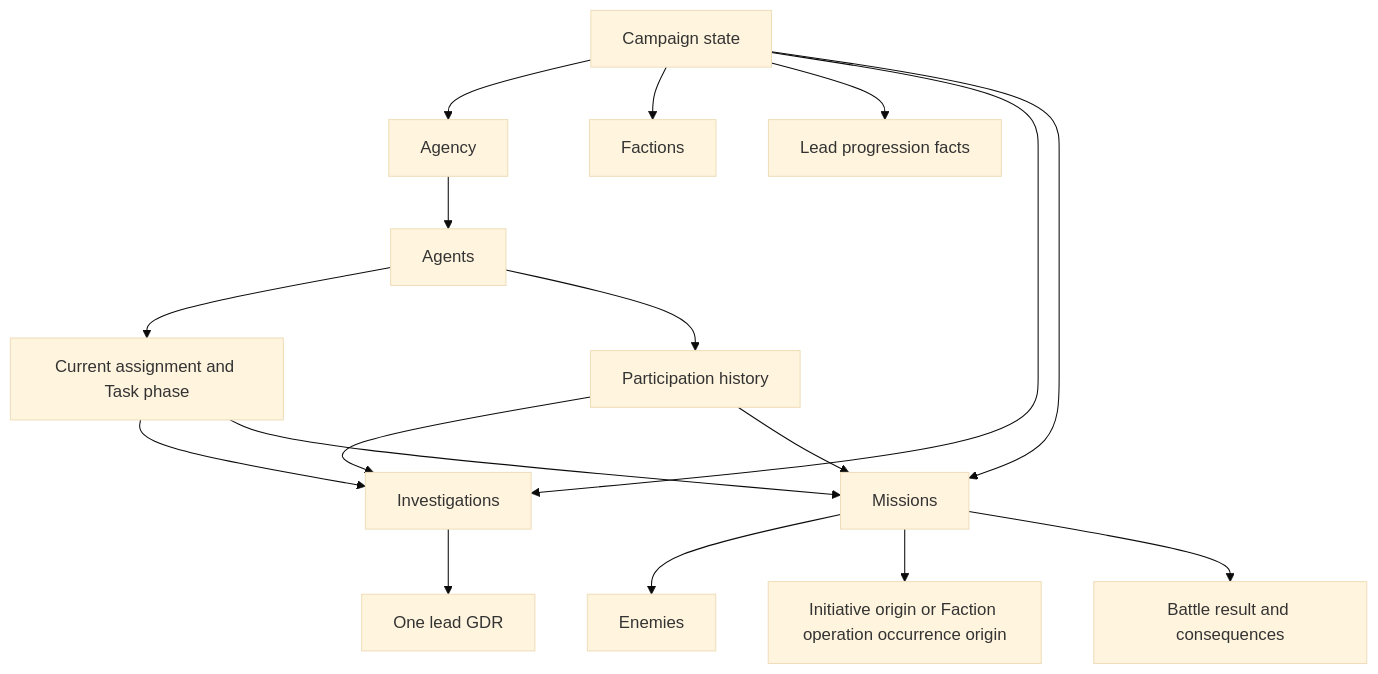
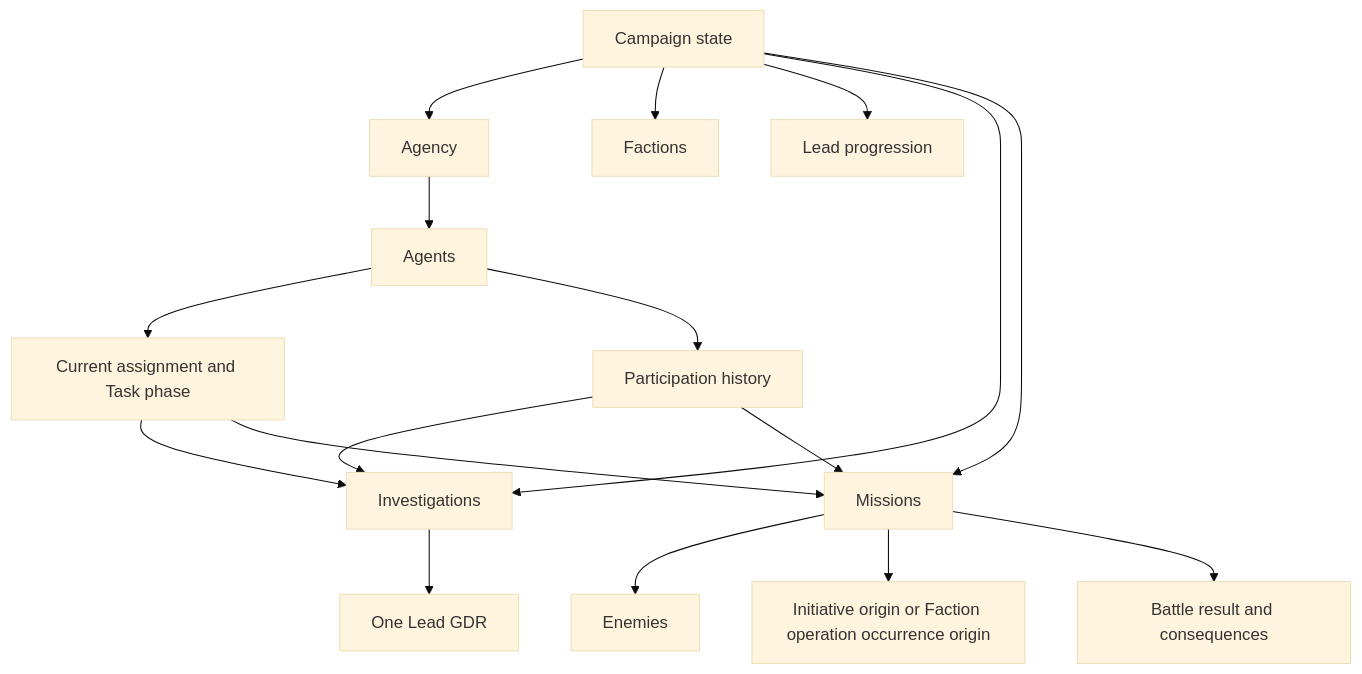
Before and after one commit to konrad-jamrozik/game-v5: the diagram in docs/specs/foundation/domain-model.md, drawn with Mermaid (base theme). The commit also changed other lines of this file and 34 other files, not shown here.

````diff
--- a/docs/specs/foundation/domain-model.md
+++ b/docs/specs/foundation/domain-model.md
@@ -270,19 +121,19 @@
 ```mermaid
 flowchart TD
     CampaignState["Campaign state"] --> Agency
     Agency --> Agents
     CampaignState --> Factions
-    CampaignState --> Progression["Lead progression facts"]
+    CampaignState --> Progression["Lead progression"]
     CampaignState --> Investigations
     CampaignState --> Missions
-    Investigations --> Lead["One lead GDR"]
+    Investigations --> Lead["One Lead GDR"]
     Agents --> Assignment["Current assignment and Task phase"]
     Assignment --> Investigations
     Assignment --> Missions
     Agents --> Participation["Participation history"]
     Participation --> Investigations
     Participation --> Missions
     Missions --> Enemies
     Missions --> Origin["Initiative origin or Faction operation occurrence origin"]
     Missions --> Result["Battle result and consequences"]
 ```
````
